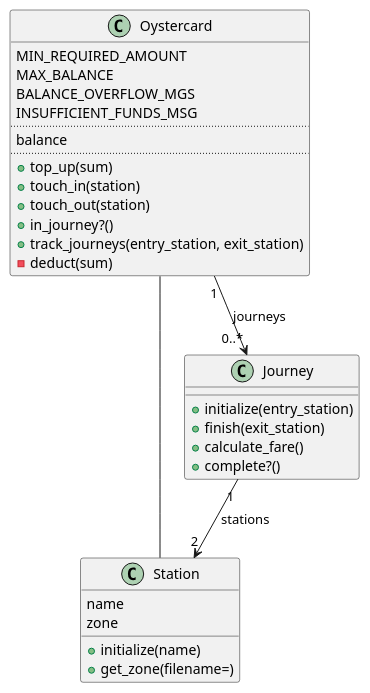
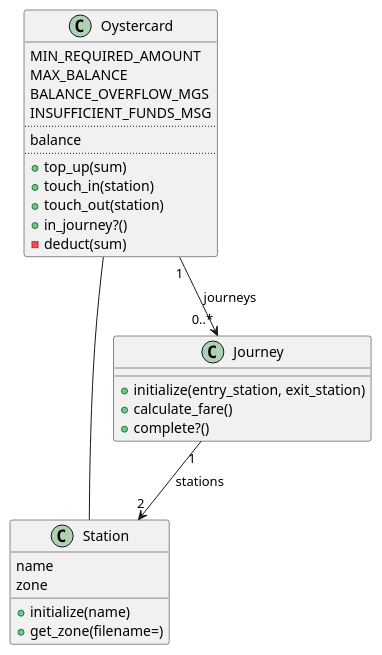
Before and after one commit to meta-morpho-sys/new_oystercard: the diagram in oystercard.puml, drawn with PlantUML. The commit also changed 7 other files, not shown here.

```diff
--- a/oystercard.puml
+++ b/oystercard.puml
@@ -1,39 +1,37 @@
 @startuml
 
 class Oystercard {
     MIN_REQUIRED_AMOUNT
     MAX_BALANCE
     BALANCE_OVERFLOW_MGS
     INSUFFICIENT_FUNDS_MSG
     ..
     balance
     ..
     + top_up(sum)
     + touch_in(station)
     + touch_out(station)
     + in_journey?()
-    + track_journeys(entry_station, exit_station)
     - deduct(sum)
 }
 
 class Station {
     name
     zone
     + initialize(name)
     + get_zone(filename=)
 }
 
 class Journey {
-    + initialize(entry_station)
-    + finish(exit_station)
+    + initialize(entry_station, exit_station)
     + calculate_fare()
     + complete?()
 }
 
 Oystercard -- Station
 Journey "1" --> "2" Station: stations
 Oystercard "1" --> "0..*" Journey: journeys
 
 
 
 @enduml
```
